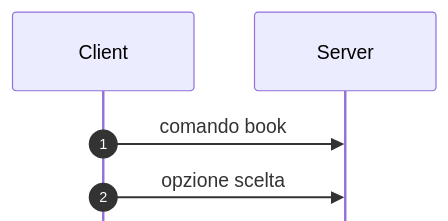
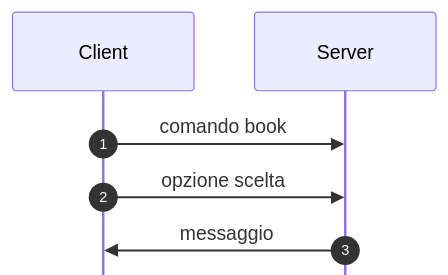
The second of 10 diagrams in README.md (MainKronos/RistorazioneDigitale), drawn with Mermaid before and after one commit. The commit also changed other lines of this file and 7 other files, not shown here.

````diff
--- a/README.md
+++ b/README.md
@@ -91,11 +97,12 @@
 ```mermaid
 %%{init: { "sequence": { "mirrorActors":false }}}%%
 
 sequenceDiagram
 	autonumber
 	participant cl as Client
 	participant sv as Server
 
 	cl->>sv: comando book
 	cl->>sv: opzione scelta
+	sv->>cl: messaggio
 ```
````
